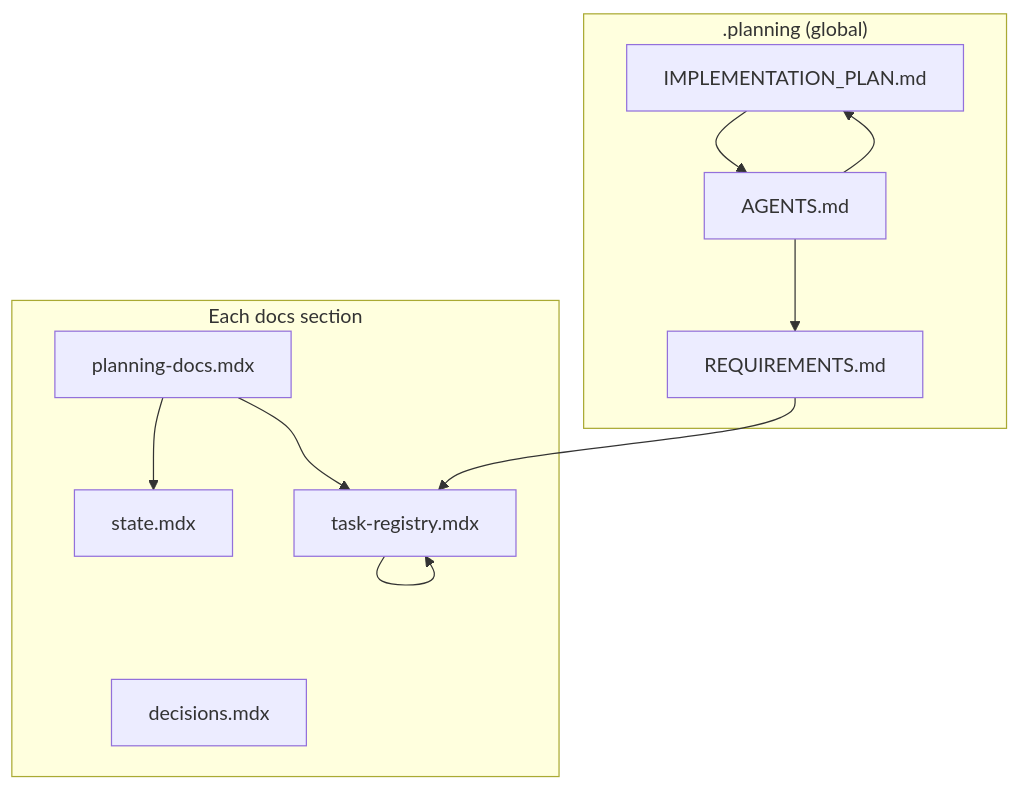
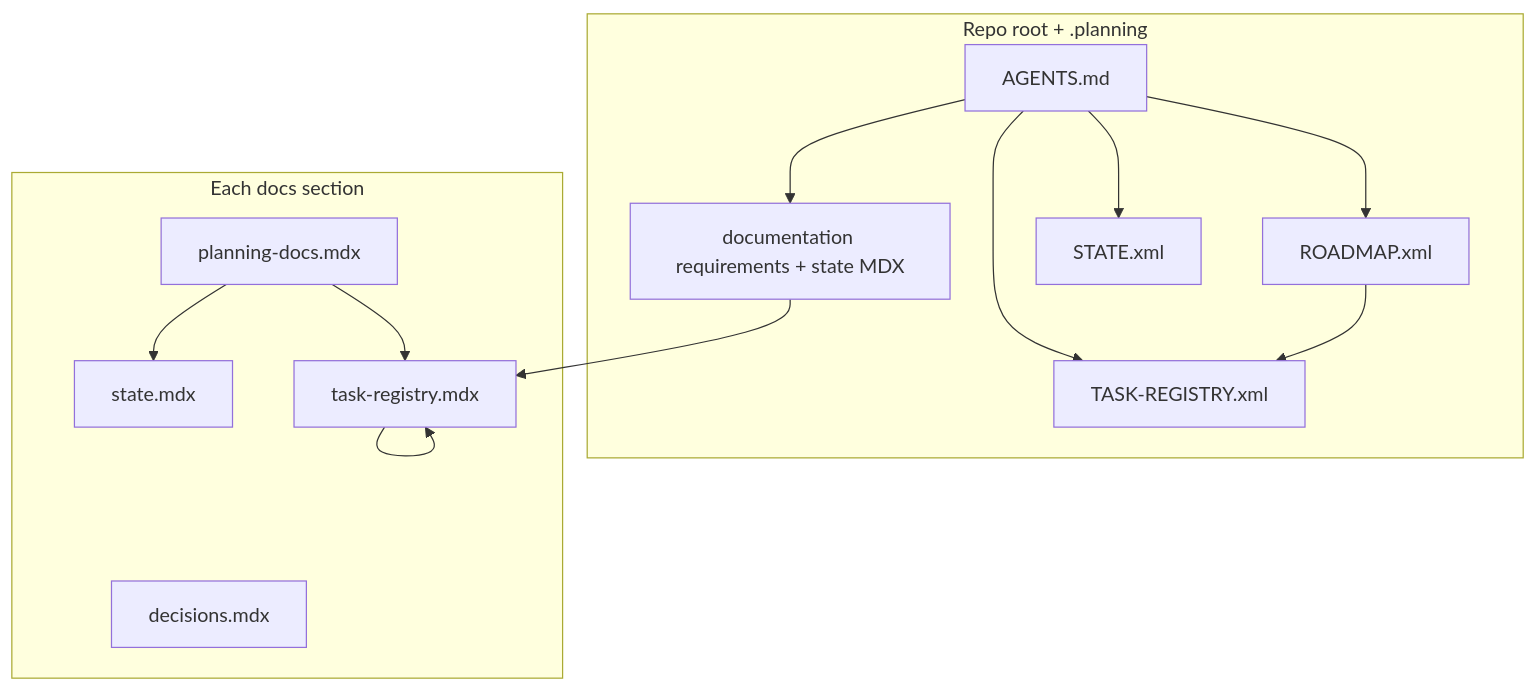
Before and after one commit to B2Gdevs/custom_portfolio: the first of 3 diagrams in apps/portfolio/content/docs/global/global-planning.mdx, drawn with Mermaid. The commit also changed other lines of this file and 303 other files, not shown here.

````diff
--- a/apps/portfolio/content/docs/global/global-planning.mdx
+++ b/apps/portfolio/content/docs/global/global-planning.mdx
@@ -65,23 +77,27 @@
 ```mermaid
 flowchart TB
-  subgraph globalLayer[".planning (global)"]
-    R[REQUIREMENTS.md]
-    P[IMPLEMENTATION_PLAN.md]
+  subgraph globalLayer["Repo root + .planning"]
+    DOC[documentation requirements + state MDX]
+    RM[ROADMAP.xml]
+    TG[TASK-REGISTRY.xml]
+    STX[STATE.xml]
     A[AGENTS.md]
   end
 
   subgraph sec["Each docs section"]
     PD[planning-docs.mdx]
     ST[state.mdx]
     TR[task-registry.mdx]
     DC[decisions.mdx]
   end
 
-  A --> R
-  A --> P
+  A --> DOC
+  A --> RM
+  A --> TG
+  A --> STX
   PD --> ST
   PD --> TR
   TR --> TR
-  R --> TR
-  P --> A
+  DOC --> TR
+  RM --> TG
 ```
````
